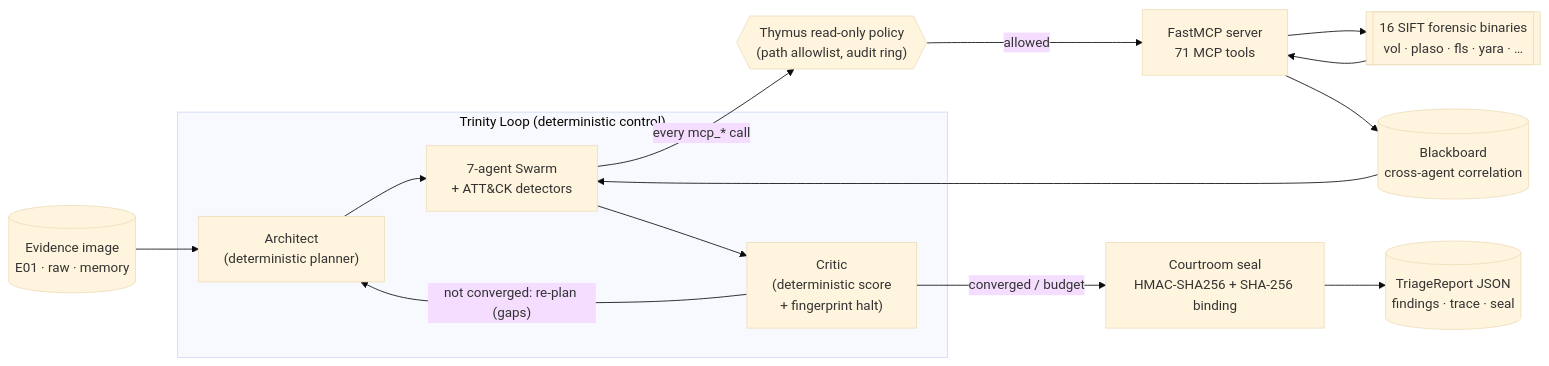
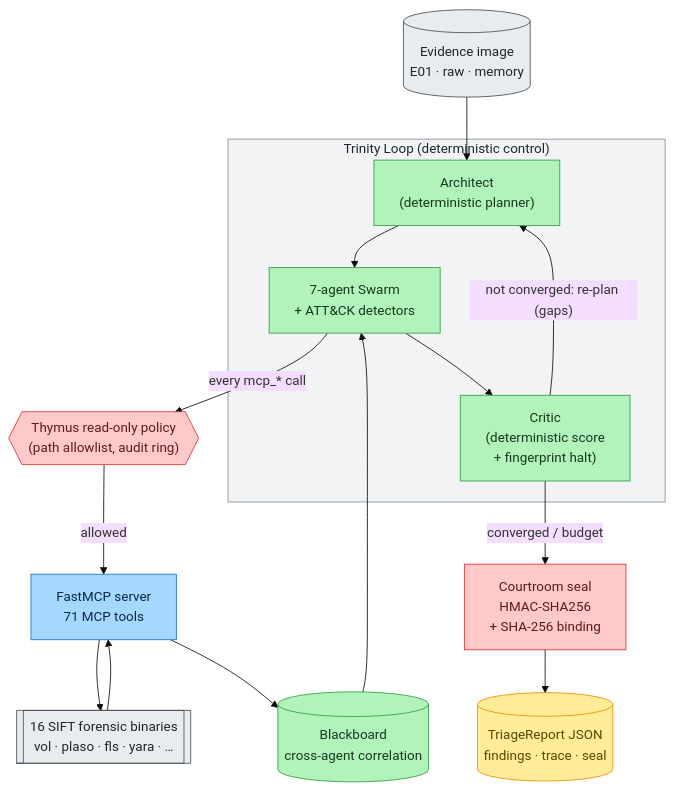
Before and after one commit to galvangabriel-web/agentropix-mcp: the diagram in docs/01-overview/what-is-agentropix.md, drawn with Mermaid (base theme). The commit also changed 20 other files, not shown here.

First line of the commit message:
Diagram readability pass (workflow): redesign diagrams for size/clarity + audit log

````diff
--- a/docs/01-overview/what-is-agentropix.md
+++ b/docs/01-overview/what-is-agentropix.md
@@ -63,28 +63,45 @@
 ```mermaid
-graph LR
+flowchart TB
     IMG[("Evidence image<br/>E01 · raw · memory")]
     subgraph TRINITY["Trinity Loop (deterministic control)"]
         ARCH["Architect<br/>(deterministic planner)"]
         SWARM["7-agent Swarm<br/>+ ATT&CK detectors"]
         CRIT["Critic<br/>(deterministic score<br/>+ fingerprint halt)"]
     end
     THYMUS{{"Thymus read-only policy<br/>(path allowlist, audit ring)"}}
     MCP["FastMCP server<br/>71 MCP tools"]
     TOOLS[["16 SIFT forensic binaries<br/>vol · plaso · fls · yara · …"]]
     BB[("Blackboard<br/>cross-agent correlation")]
-    SEAL["Courtroom seal<br/>HMAC-SHA256 + SHA-256 binding"]
+    SEAL["Courtroom seal<br/>HMAC-SHA256<br/>+ SHA-256 binding"]
     REPORT[("TriageReport JSON<br/>findings · trace · seal")]
 
     IMG --> ARCH
     ARCH --> SWARM
     SWARM -->|"every mcp_* call"| THYMUS
     THYMUS -->|"allowed"| MCP
     MCP --> TOOLS
     TOOLS --> MCP
     MCP --> BB
     BB --> SWARM
     SWARM --> CRIT
     CRIT -->|"not converged: re-plan (gaps)"| ARCH
     CRIT -->|"converged / budget"| SEAL
     SEAL --> REPORT
+
+    classDef ext fill:#e9ecef,stroke:#495057,color:#212529
+    classDef core fill:#b2f2bb,stroke:#2f9e44,color:#15391f
+    classDef gov fill:#ffc9c9,stroke:#e03131,color:#5c1a1a
+    classDef api fill:#a5d8ff,stroke:#1971c2,color:#0b2545
+    classDef sink fill:#ffec99,stroke:#f08c00,color:#5c4400
+
+    class IMG ext
+    class ARCH,SWARM,CRIT core
+    class THYMUS gov
+    class MCP api
+    class TOOLS ext
+    class BB core
+    class SEAL gov
+    class REPORT sink
+
+    style TRINITY fill:#f1f3f5,stroke:#868e96,color:#212529
 ```
````
